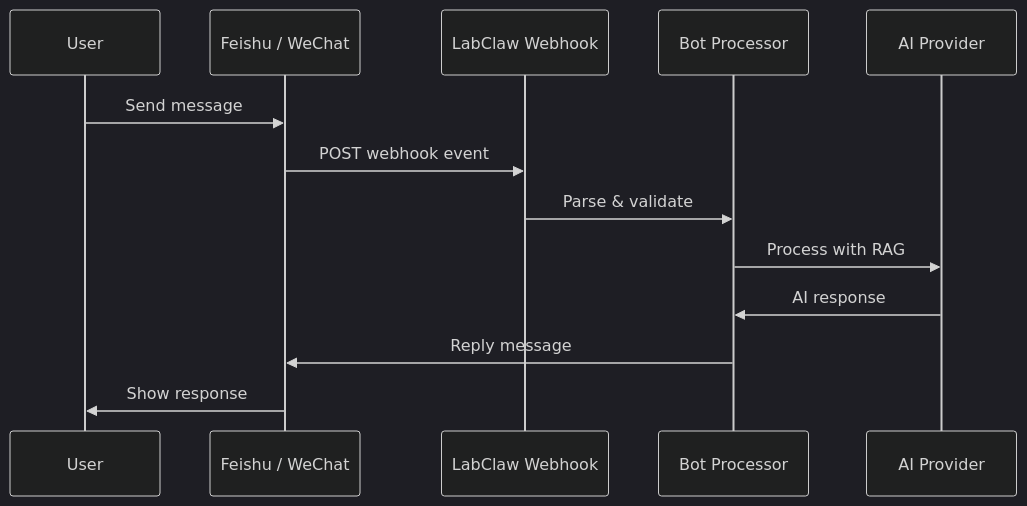
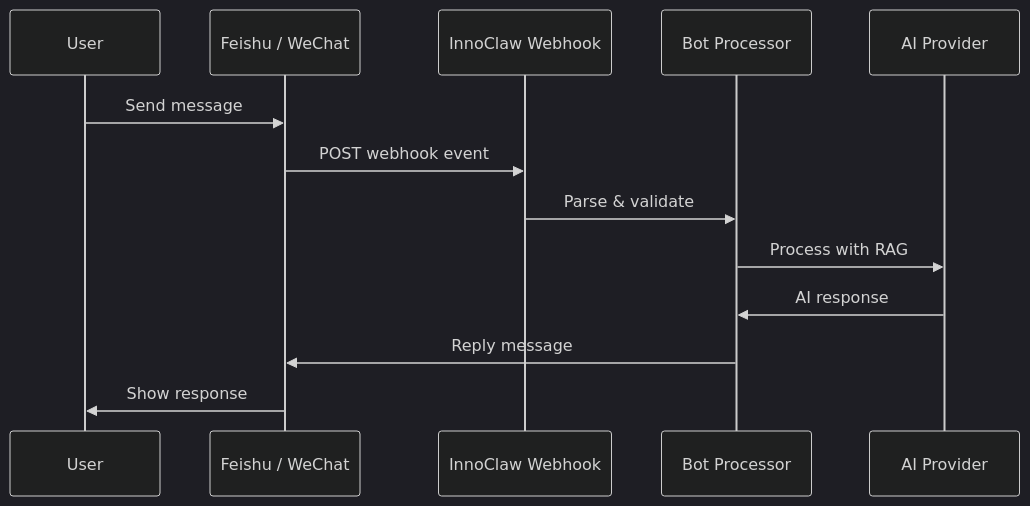
One commit to Anonym0x/InnoClaw changed the diagram in docs/notifications/index.md. Above: the diagram before and after it, drawn with Mermaid (dark theme). The commit also changed other lines of this file and 53 other files, not shown here.

First line of the commit message:
rename: LabClaw -> InnoClaw across entire project

````diff
--- a/docs/notifications/index.md
+++ b/docs/notifications/index.md
@@ -14,16 +14,16 @@
 ```{mermaid}
 sequenceDiagram
     participant User
     participant Platform as Feishu / WeChat
-    participant Webhook as LabClaw Webhook
+    participant Webhook as InnoClaw Webhook
     participant Processor as Bot Processor
     participant AI as AI Provider
 
     User->>Platform: Send message
     Platform->>Webhook: POST webhook event
     Webhook->>Processor: Parse & validate
     Processor->>AI: Process with RAG
     AI->>Processor: AI response
     Processor->>Platform: Reply message
     Platform->>User: Show response
 ```
````
